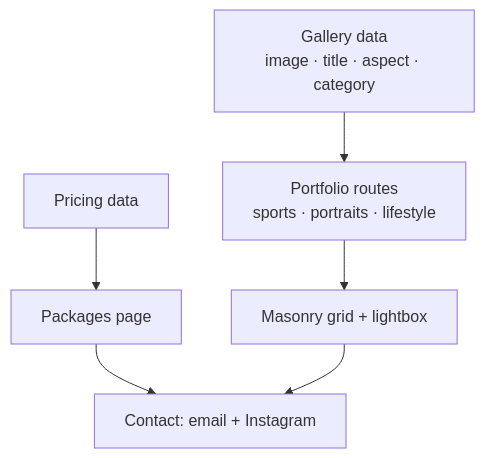
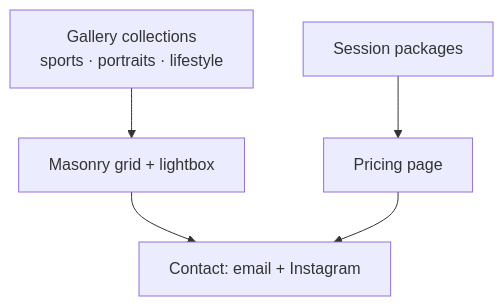
Before and after one commit to DavisHiggins/wy-not-pics-showcase: the diagram in README.md, drawn with Mermaid. The commit also changed other lines of this file and 7 other files, not shown here.

````diff
--- a/README.md
+++ b/README.md
@@ -43,8 +49,7 @@
 ```mermaid
 flowchart TB
-    G[Gallery data<br/>image · title · aspect · category] --> P[Portfolio routes<br/>sports · portraits · lifestyle]
-    R[Pricing data] --> K[Packages page]
-    P --> L[Masonry grid + lightbox]
-    K --> C[Contact: email + Instagram]
-    L --> C
+    G[Gallery collections<br/>sports · portraits · lifestyle] --> L[Masonry grid + lightbox]
+    R[Session packages] --> K[Pricing page]
+    L --> C[Contact: email + Instagram]
+    K --> C
 ```
````
